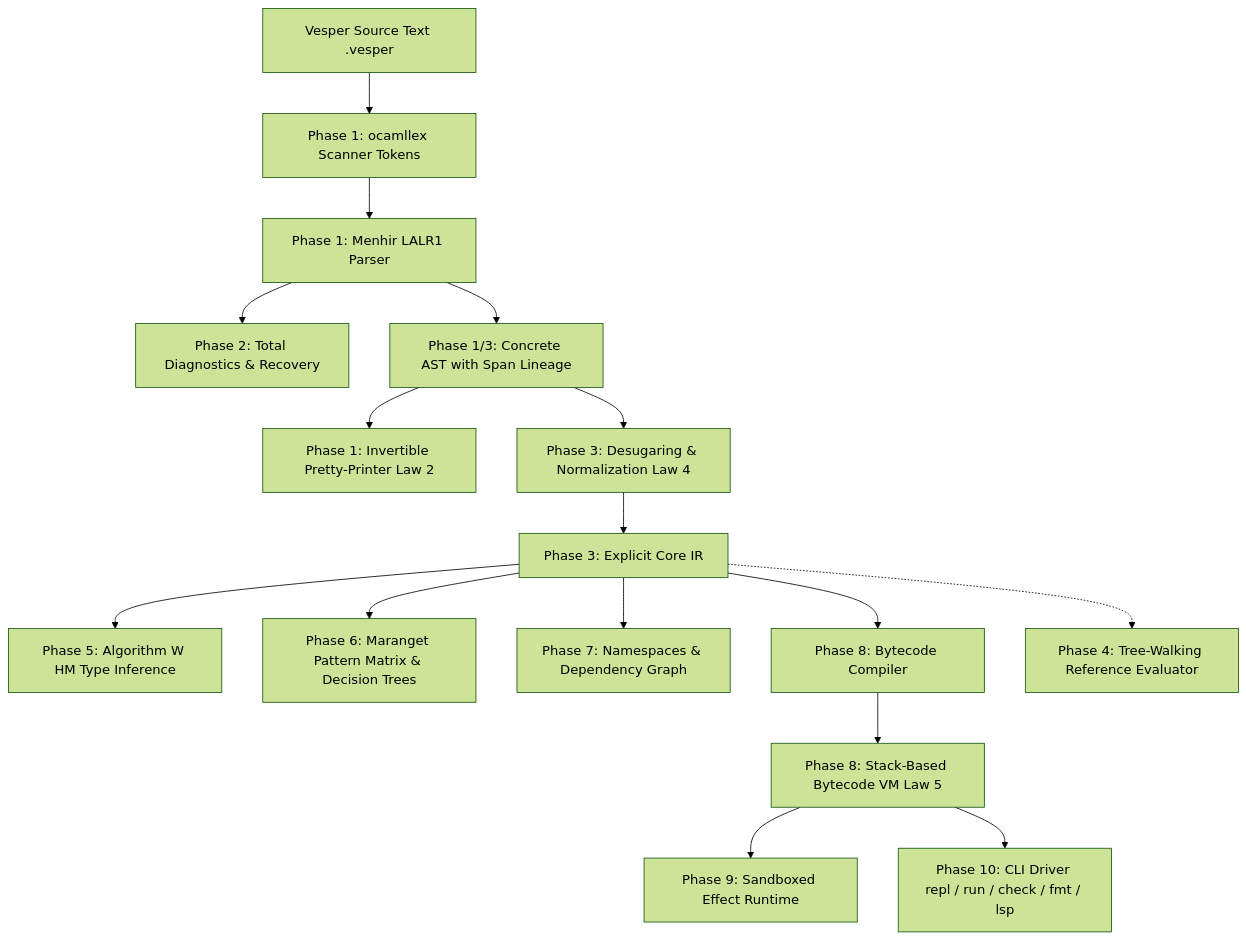
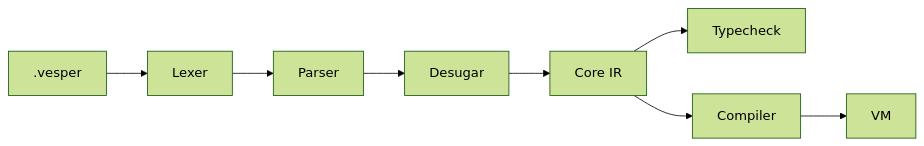
Before and after one commit to Dercypt/vesper: the diagram in docs/ARCHITECTURE.md, drawn with Mermaid (forest theme). The commit also changed other lines of this file and 7 other files, not shown here.

````diff
--- a/docs/ARCHITECTURE.md
+++ b/docs/ARCHITECTURE.md
@@ -9,23 +5,10 @@
 ```mermaid
-flowchart TD
-    Source[Vesper Source Text .vesper] --> Lexer[Phase 1: ocamllex Scanner Tokens]
-    Lexer --> Parser[Phase 1: Menhir LALR1 Parser]
-    Parser --> Diagnostics[Phase 2: Total Diagnostics & Recovery]
-    Parser --> ConcreteAST[Phase 1/3: Concrete AST with Span Lineage]
-    
-    ConcreteAST --> Printer[Phase 1: Invertible Pretty-Printer Law 2]
-    ConcreteAST --> Desugar[Phase 3: Desugaring & Normalization Law 4]
-    Desugar --> CoreIR[Phase 3: Explicit Core IR]
-    
-    CoreIR --> Typecheck[Phase 5: Algorithm W HM Type Inference]
-    CoreIR --> PatternMatch[Phase 6: Maranget Pattern Matrix & Decision Trees]
-    CoreIR --> Modules[Phase 7: Namespaces & Dependency Graph]
-    
-    CoreIR --> BytecodeCompiler[Phase 8: Bytecode Compiler]
-    BytecodeCompiler --> VM[Phase 8: Stack-Based Bytecode VM Law 5]
-    
-    CoreIR -.-> Interpreter[Phase 4: Tree-Walking Reference Evaluator]
-    VM --> Effects[Phase 9: Sandboxed Effect Runtime]
-    
-    VM --> CLI[Phase 10: CLI Driver repl / run / check / fmt / lsp]
+flowchart LR
+    Source[.vesper] --> Lexer[Lexer]
+    Lexer --> Parser[Parser]
+    Parser --> Desugar[Desugar]
+    Desugar --> CoreIR[Core IR]
+    CoreIR --> Typecheck[Typecheck]
+    CoreIR --> Bytecode[Compiler]
+    Bytecode --> VM[VM]
 ```
````
